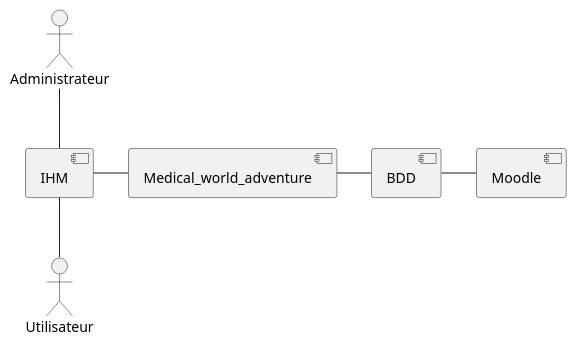
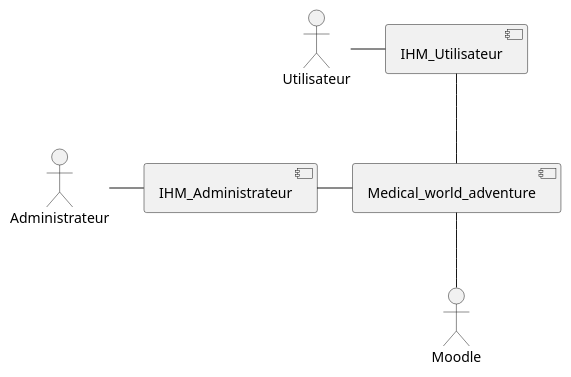
Before and after one commit to Serious-game-textuel/doc: the second of 3 diagrams in diagrammes.md, drawn with PlantUML. The commit also changed other lines of this file and 1 other file, not shown here.

Commit message:
ajout planning

````diff
--- a/diagrammes.md
+++ b/diagrammes.md
@@ -23,18 +27,21 @@
 ```plantuml
 @startuml Logical-View
 actor Utilisateur as util
 actor Administrateur as admin
+actor Moodle as Moodle
 
-Component IHM
+Component IHM_Administrateur
+Component IHM_Utilisateur
 Component Medical_world_adventure as Mwa
-Component BDD
-Component Moodle
 
-util -up- IHM
-admin -down- IHM
-Mwa -right- BDD
-IHM -right- Mwa
-BDD -right- Moodle
+
+util -right- IHM_Utilisateur
+admin -right- IHM_Administrateur
+Mwa -up- IHM_Utilisateur
+Mwa -left- IHM_Administrateur
+
+
+Mwa -down- Moodle
 
 @enduml
 ```
````
